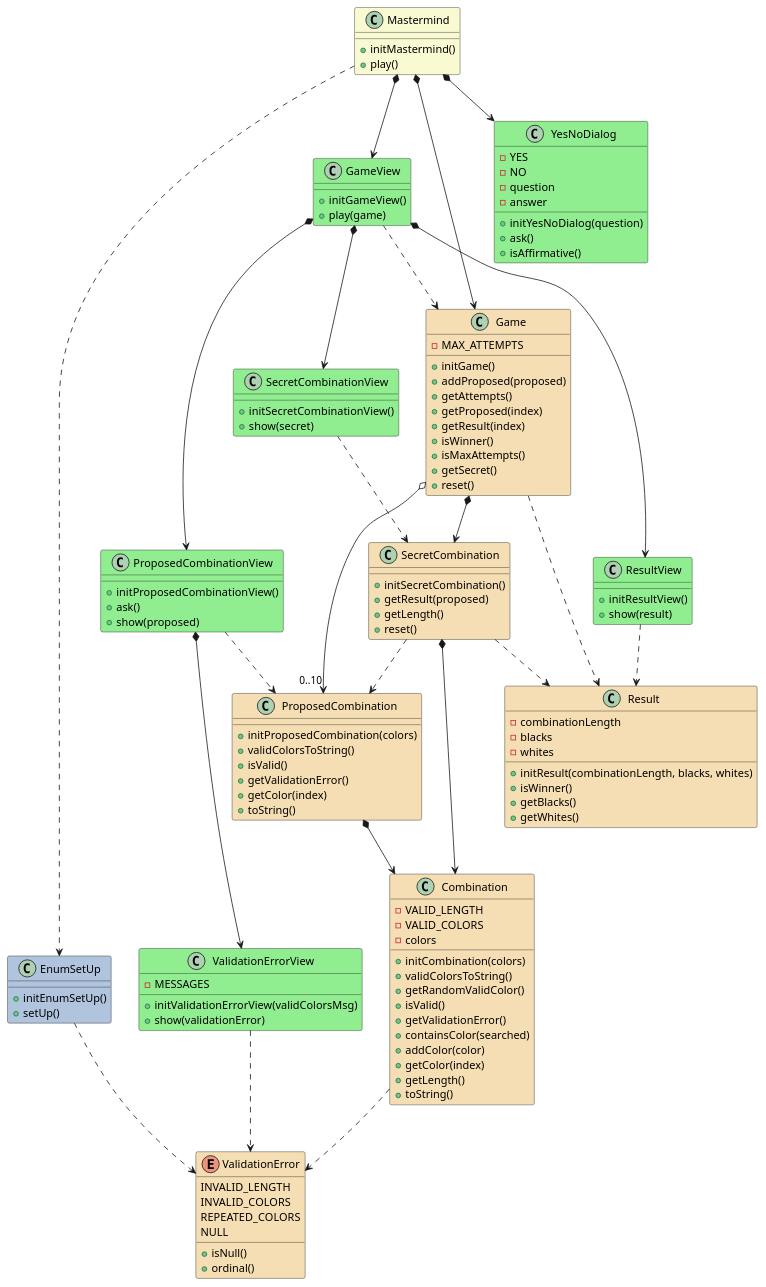
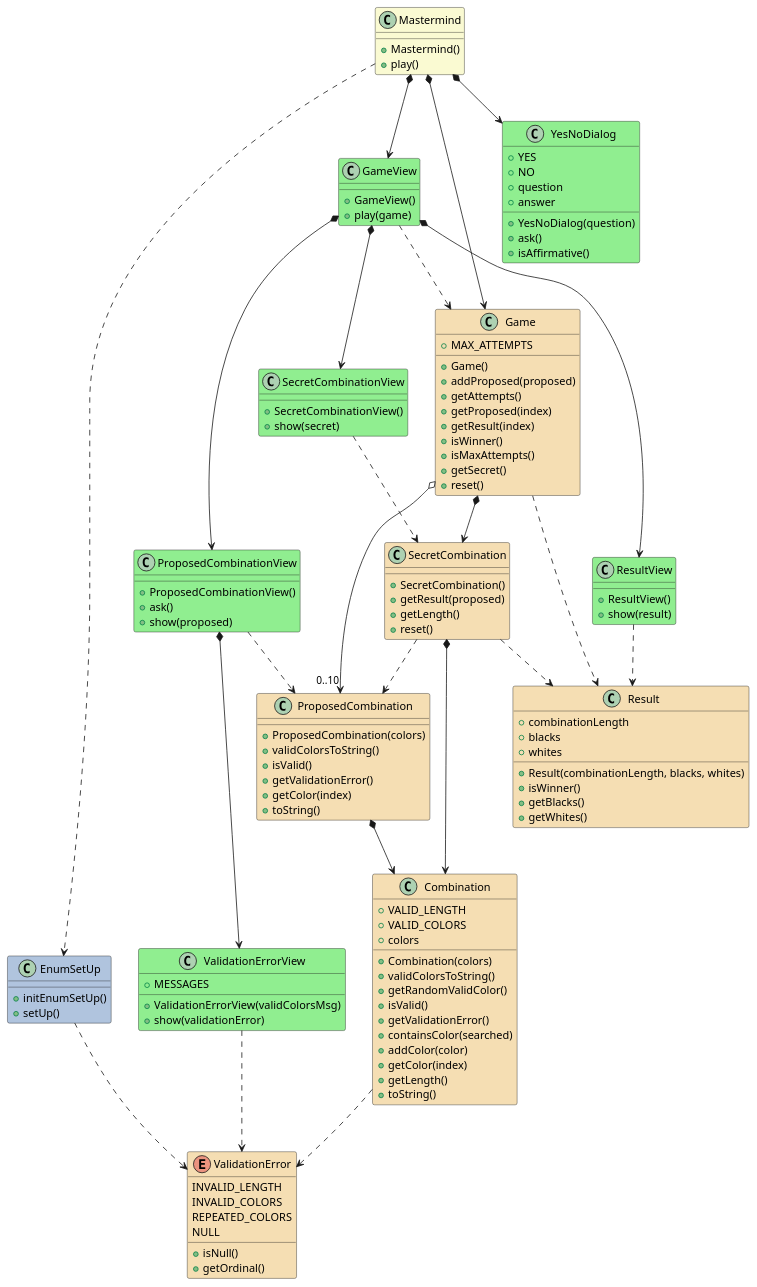
One commit to PabloMartinFluvia/myGame-mastermind changed the diagram in docs/dev-resume/analysis.plantuml. Above: the diagram before and after it, drawn with PlantUML. The commit also changed 4 other files, not shown here.

```diff
--- a/docs/dev-resume/analysis.plantuml
+++ b/docs/dev-resume/analysis.plantuml
@@ -1,152 +1,152 @@
 @startuml analysis
 
 class Mastermind #LightGoldenRodYellow {  
 
-    + initMastermind()
+    + Mastermind()
     + play()    
 }
 Mastermind *--> GameView
 Mastermind *--> YesNoDialog
 Mastermind *--> Game
 Mastermind ..> EnumSetUp
 
 class GameView #LightGreen {
 
-    + initGameView()
+    + GameView()
     + play(game)
 }
 GameView *--> SecretCombinationView
 GameView *--> ProposedCombinationView
 GameView *--> ResultView
 GameView ..> Game
 
 
 class SecretCombinationView #LightGreen {
     
-    + initSecretCombinationView()
+    + SecretCombinationView()
     + show(secret)
 }
 SecretCombinationView ..> SecretCombination
 
 class ProposedCombinationView #LightGreen {
     
-    + initProposedCombinationView()
+    + ProposedCombinationView()
     + ask()
     + show(proposed)
 }
 ProposedCombinationView *--> ValidationErrorView
 ProposedCombinationView ..> ProposedCombination
 
 class ValidationErrorView #LightGreen {
 
-    - MESSAGES
+    + MESSAGES
     
-    + initValidationErrorView(validColorsMsg)
+    + ValidationErrorView(validColorsMsg)
     + show(validationError)
 }
 ValidationErrorView ..> ValidationError
 
 class ResultView #LightGreen {
     
-    + initResultView()
+    + ResultView()
     + show(result)
 }
 ResultView ..> Result
 
 class Game #Wheat{
-    - MAX_ATTEMPTS
+    + MAX_ATTEMPTS
 
-    + initGame()
+    + Game()
     + addProposed(proposed)
     + getAttempts()    
     + getProposed(index)
     + getResult(index)
     + isWinner()
     + isMaxAttempts()    
     + getSecret()    
     + reset()    
 }
 Game *--> SecretCombination
 Game o--> "0..10" ProposedCombination
 Game .down.> Result
 
 class SecretCombination #Wheat{
     
-    + initSecretCombination()    
+    + SecretCombination()    
     + getResult(proposed)
     + getLength()     
     + reset()
 
 }
 SecretCombination *-down-> Combination
 SecretCombination .down.> ProposedCombination
 SecretCombination .down.> Result
 
 class Combination #Wheat{
-    - VALID_LENGTH
-    - VALID_COLORS    
-    - colors
+    + VALID_LENGTH
+    + VALID_COLORS    
+    + colors
 
-    + initCombination(colors)
+    + Combination(colors)
     + validColorsToString()
     + getRandomValidColor()
     + isValid()    
     + getValidationError()
     + containsColor(searched)    
     + addColor(color)          
     + getColor(index)
     + getLength()      
     + toString()
 }
 Combination .down.> ValidationError
 
 enum ValidationError #Wheat{    
     INVALID_LENGTH
     INVALID_COLORS
     REPEATED_COLORS
     NULL
 
     + isNull()
-    + ordinal()
+    + getOrdinal()
 }
 
 class ProposedCombination #Wheat{
 
-    + initProposedCombination(colors)  
+    + ProposedCombination(colors)  
     + validColorsToString() 
     + isValid()         
     + getValidationError()
     + getColor(index)   
     + toString()   
 }
 ProposedCombination *-down-> Combination 
 
 class Result #Wheat{
-    - combinationLength
-    - blacks
-    - whites
+    + combinationLength
+    + blacks
+    + whites
 
-    + initResult(combinationLength, blacks, whites)
+    + Result(combinationLength, blacks, whites)
     + isWinner()
     + getBlacks()    
     + getWhites()    
 }
 
 class YesNoDialog #LightGreen {
-    - YES
-    - NO
-    - question
-    - answer    
+    + YES
+    + NO
+    + question
+    + answer    
 
-    + initYesNoDialog(question)
+    + YesNoDialog(question)
     + ask()
     + isAffirmative()
 }
 
 class EnumSetUp #LightSteelBlue {
     + initEnumSetUp()
     + setUp()
 }
 EnumSetUp ..> ValidationError
 
 @enduml
```
